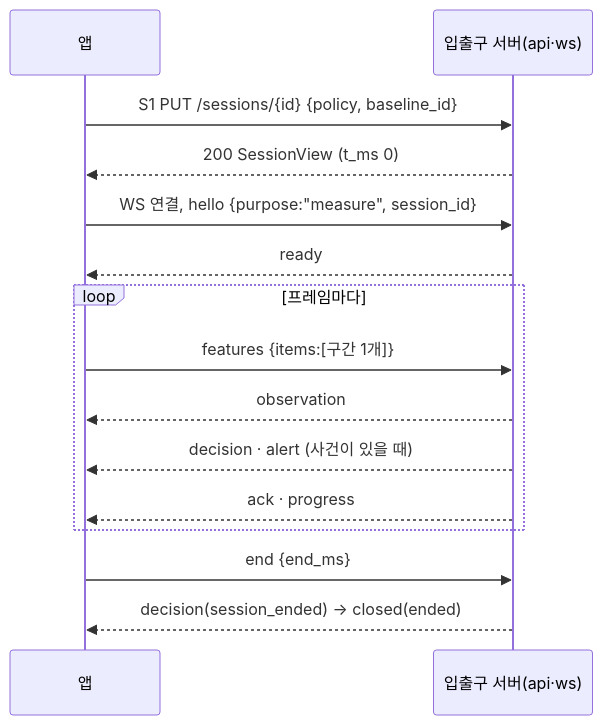
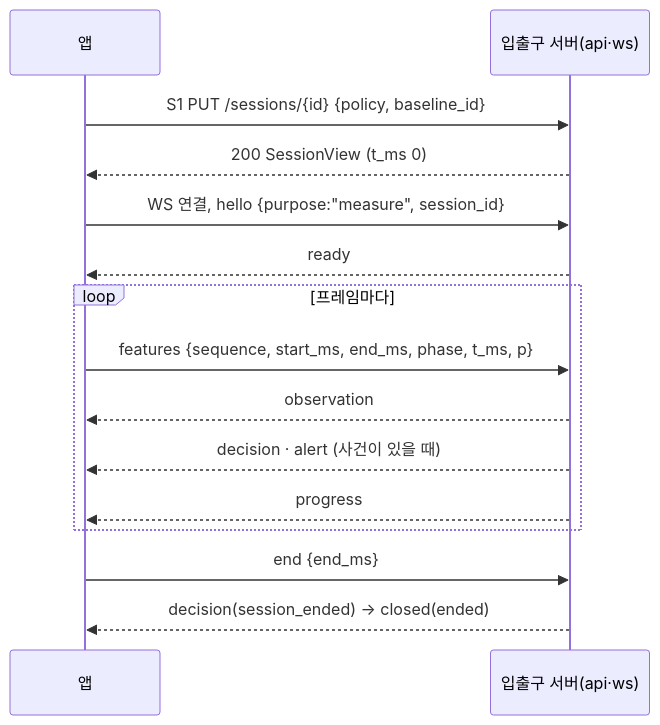
The diagram in docs/design/fe/api-ws-spec.md (Jeon-Seho/sitting-posture-corrector), drawn with Mermaid before and after one commit. The commit also changed other lines of this file and 6 other files, not shown here.

````diff
--- a/docs/design/fe/api-ws-spec.md
+++ b/docs/design/fe/api-ws-spec.md
@@ -294,17 +295,17 @@
 ```mermaid
 sequenceDiagram
   participant A as 앱
   participant S as 입출구 서버(api·ws)
   A->>S: S1 PUT /sessions/{id} {policy, baseline_id}
   S-->>A: 200 SessionView (t_ms 0)
   A->>S: WS 연결, hello {purpose:"measure", session_id}
   S-->>A: ready
   loop 프레임마다
-    A->>S: features {items:[구간 1개]}
+    A->>S: features {sequence, start_ms, end_ms, phase, t_ms, p}
     S-->>A: observation
     S-->>A: decision · alert (사건이 있을 때)
-    S-->>A: ack · progress
+    S-->>A: progress
   end
   A->>S: end {end_ms}
   S-->>A: decision(session_ended) → closed(ended)
 ```
````
